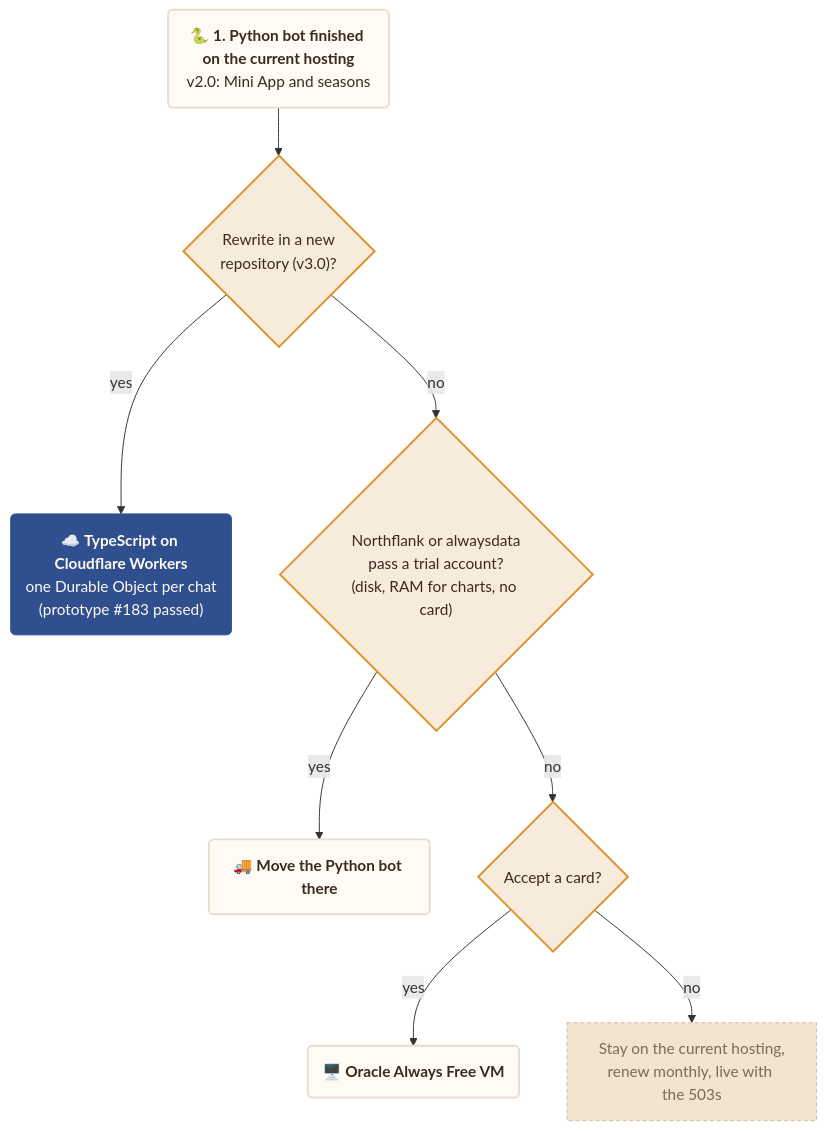
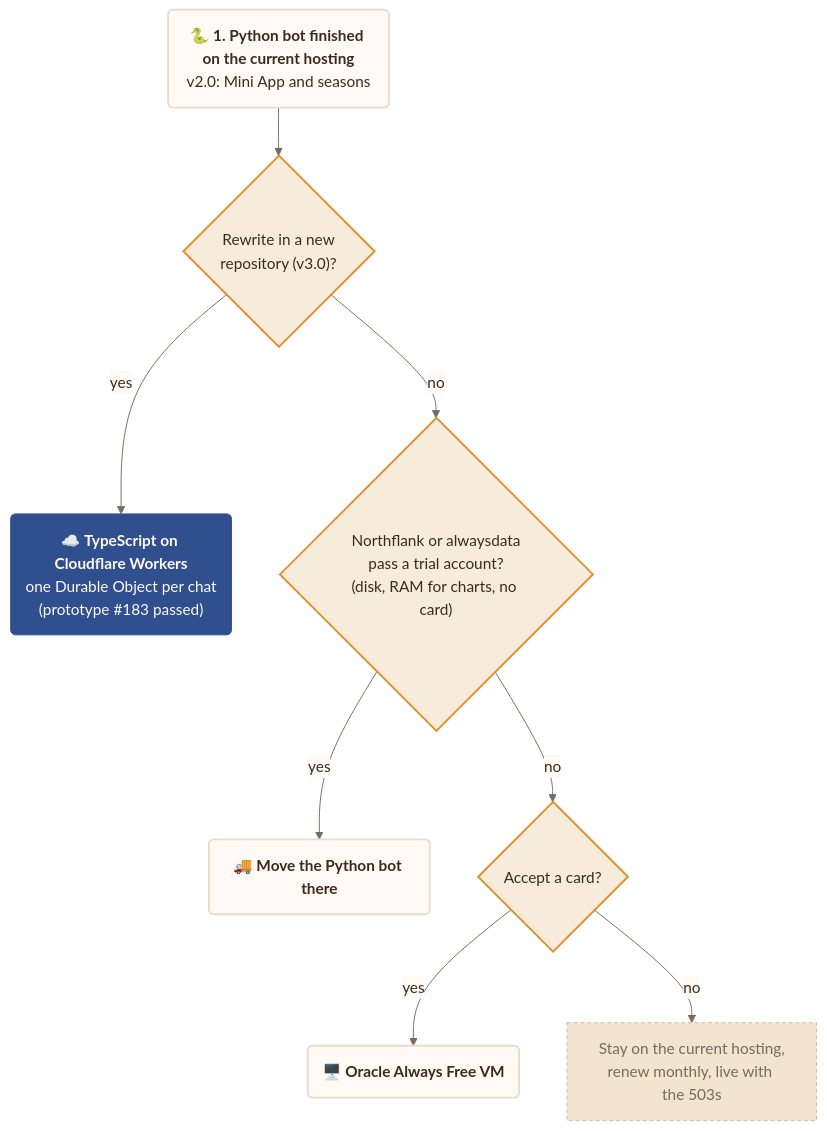
Before and after one commit to francescoperrino/Caccometro: the diagram in docs/research/hosting.md, drawn with Mermaid. The commit also changed 14 other files, not shown here.

Commit message:
Give every Mermaid diagram one style from tools/mermaid_style.py, with a title and a description (#204)

````diff
--- a/docs/research/hosting.md
+++ b/docs/research/hosting.md
@@ -34,29 +34,60 @@
 ```mermaid
+---
+config:
+  theme: base
+  themeVariables:
+    fontFamily: "Nunito, Segoe UI, Roboto, sans-serif"
+    primaryColor: "#fffaf3"
+    primaryTextColor: "#3b2a1e"
+    primaryBorderColor: "#eadccb"
+    secondaryColor: "#f7ecdc"
+    tertiaryColor: "#f3e4d0"
+    lineColor: "#7a6a5c"
+    textColor: "#3b2a1e"
+    edgeLabelBackground: "#fffaf3"
+    clusterBkg: "#f3e4d0"
+    clusterBorder: "#cbbca9"
+    titleColor: "#5c4f42"
+    noteBkgColor: "#f7ecdc"
+    noteTextColor: "#3b2a1e"
+    actorBkg: "#fffaf3"
+    actorBorder: "#5c4f42"
+    actorTextColor: "#3b2a1e"
+    signalColor: "#7a6a5c"
+    signalTextColor: "#3b2a1e"
+    labelBoxBkgColor: "#f3e4d0"
+    loopTextColor: "#3b2a1e"
+    sequenceNumberColor: "#fffaf3"
+    xyChart:
+      plotColorPalette: "#2f4f8f"
+---
 flowchart TD
+    accTitle: Hosting decision
+    accDescr: The Python bot is finished on the current hosting, then a rewrite in a new repository on one of the hosting options
     now("🐍 <b>1. Python bot finished on the current hosting</b><br/>v2.0: Mini App and seasons")
     rewrite{"Rewrite in a new<br/>repository (v3.0)?"}
     cf("☁️ <b>TypeScript on Cloudflare Workers</b><br/>one Durable Object per chat<br/>(prototype #183 passed)")
     trial{"Northflank or alwaysdata<br/>pass a trial account?<br/>(disk, RAM for charts, no card)"}
     managed("🚚 <b>Move the Python bot there</b>")
     card{"Accept a card?"}
     oracle("🖥️ <b>Oracle Always Free VM</b>")
     stay["Stay on the current hosting,<br/>renew monthly, live with the 503s"]
     now --> rewrite
     rewrite -->|"yes"| cf
     rewrite -->|"no"| trial
     trial -->|"yes"| managed
     trial -->|"no"| card
     card -->|"yes"| oracle
     card -->|"no"| stay
     classDef step fill:#fffaf3,stroke:#eadccb,stroke-width:2px,color:#3b2a1e
     classDef main fill:#2f4f8f,stroke:#2f4f8f,color:#fffaf3
     classDef person fill:#5c4f42,stroke:#5c4f42,color:#fffaf3
     classDef check fill:#f7ecdc,stroke:#e0902b,stroke-width:2px,color:#3b2a1e
     classDef detail fill:#f7ecdc,stroke:#eadccb,color:#3b2a1e
-    classDef alert fill:#e0902b,stroke:#e0902b,color:#fffaf3
+    classDef alert fill:#e0902b,stroke:#e0902b,color:#3b2a1e
     classDef stop fill:#f3e4d0,stroke:#cbbca9,stroke-dasharray:4 3,color:#7a6a5c
     class now,managed,oracle step
     class cf main
     class rewrite,trial,card check
     class stay stop
 ```
````
